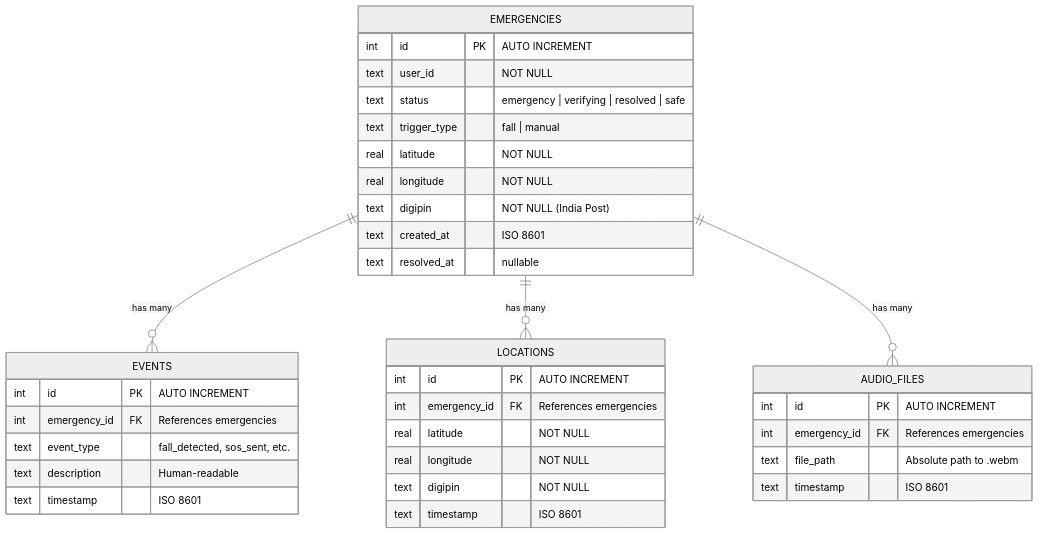
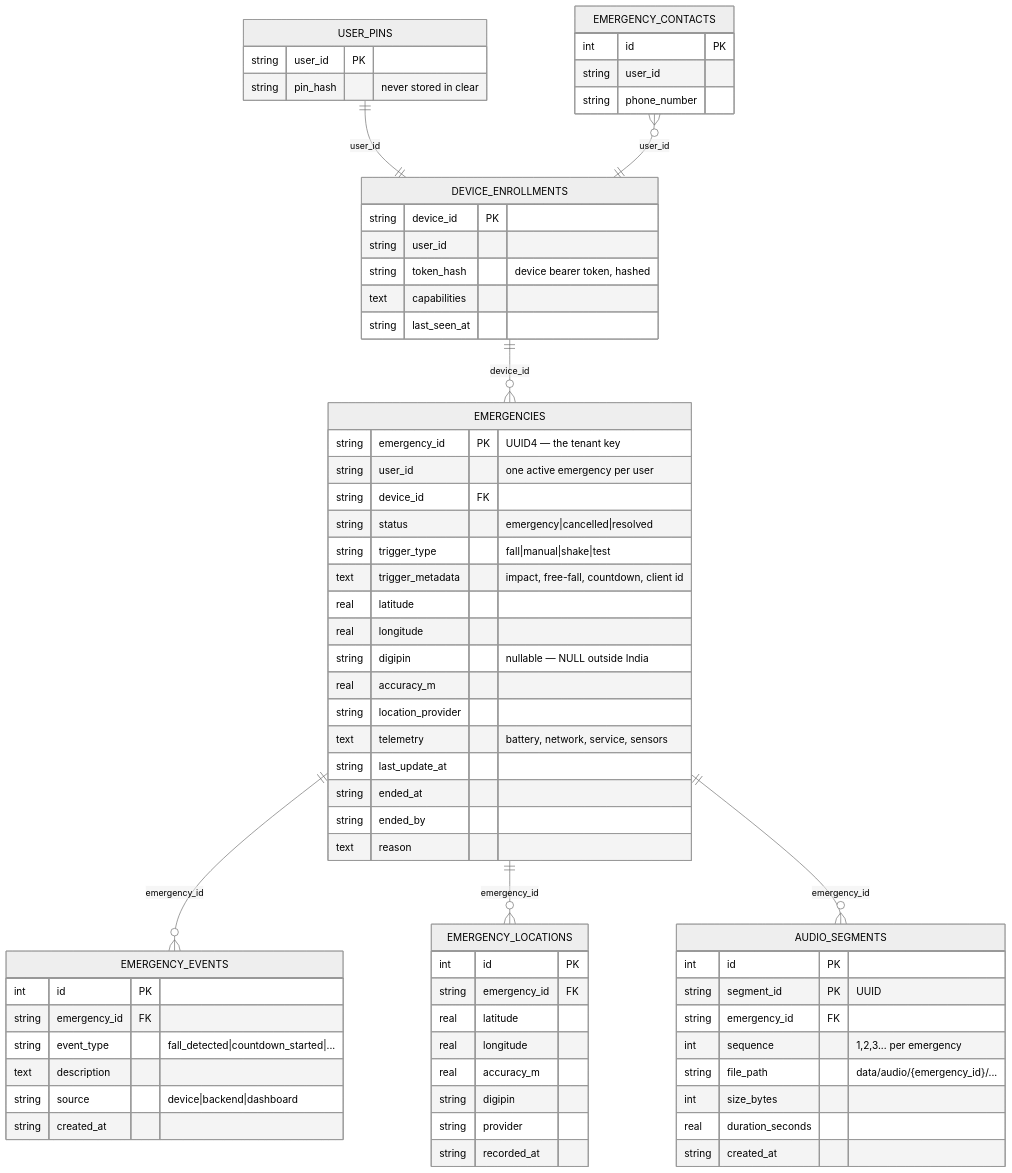
Diagram 12 of 18 in DIAGRAMS.md (Ved2151H/zeroUi), drawn with Mermaid (neutral theme) before and after one commit. The commit also changed other lines of this file and 111 other files, not shown here.

````diff
--- a/DIAGRAMS.md
+++ b/DIAGRAMS.md
@@ -361,42 +533,72 @@
 ```mermaid
 erDiagram
+    DEVICE_ENROLLMENTS ||--o{ EMERGENCIES : "device_id"
+    EMERGENCIES ||--o{ EMERGENCY_EVENTS : "emergency_id"
+    EMERGENCIES ||--o{ EMERGENCY_LOCATIONS : "emergency_id"
+    EMERGENCIES ||--o{ AUDIO_SEGMENTS : "emergency_id"
+    USER_PINS ||--|| DEVICE_ENROLLMENTS : "user_id"
+    EMERGENCY_CONTACTS }o--|| DEVICE_ENROLLMENTS : "user_id"
+
     EMERGENCIES {
-        int id PK "AUTO INCREMENT"
-        text user_id "NOT NULL"
-        text status "emergency | verifying | resolved | safe"
-        text trigger_type "fall | manual"
-        real latitude "NOT NULL"
-        real longitude "NOT NULL"
-        text digipin "NOT NULL (India Post)"
-        text created_at "ISO 8601"
-        text resolved_at "nullable"
+        string emergency_id PK "UUID4 — the tenant key"
+        string user_id "one active emergency per user"
+        string device_id FK
+        string status "emergency|cancelled|resolved"
+        string trigger_type "fall|manual|shake|test"
+        text trigger_metadata "impact, free-fall, countdown, client id"
+        real latitude
+        real longitude
+        string digipin "nullable — NULL outside India"
+        real accuracy_m
+        string location_provider
+        text telemetry "battery, network, service, sensors"
+        string last_update_at
+        string ended_at
+        string ended_by
+        text reason
     }
-
-    EVENTS {
-        int id PK "AUTO INCREMENT"
-        int emergency_id FK "References emergencies"
-        text event_type "fall_detected, sos_sent, etc."
-        text description "Human-readable"
-        text timestamp "ISO 8601"
+    EMERGENCY_LOCATIONS {
+        int id PK
+        string emergency_id FK
+        real latitude
+        real longitude
+        real accuracy_m
+        string digipin
+        string provider
+        string recorded_at
     }
-
-    LOCATIONS {
-        int id PK "AUTO INCREMENT"
-        int emergency_id FK "References emergencies"
-        real latitude "NOT NULL"
-        real longitude "NOT NULL"
-        text digipin "NOT NULL"
-        text timestamp "ISO 8601"
+    EMERGENCY_EVENTS {
+        int id PK
+        string emergency_id FK
+        string event_type "fall_detected|countdown_started|..."
+        text description
+        string source "device|backend|dashboard"
+        string created_at
     }
-
-    AUDIO_FILES {
-        int id PK "AUTO INCREMENT"
-        int emergency_id FK "References emergencies"
-        text file_path "Absolute path to .webm"
-        text timestamp "ISO 8601"
+    AUDIO_SEGMENTS {
+        int id PK
+        string segment_id PK "UUID"
+        string emergency_id FK
+        int sequence "1,2,3... per emergency"
+        string file_path "data/audio/{emergency_id}/..."
+        int size_bytes
+        real duration_seconds
+        string created_at
     }
-
-    EMERGENCIES ||--o{ EVENTS : "has many"
-    EMERGENCIES ||--o{ LOCATIONS : "has many"
-    EMERGENCIES ||--o{ AUDIO_FILES : "has many"
+    DEVICE_ENROLLMENTS {
+        string device_id PK
+        string user_id
+        string token_hash "device bearer token, hashed"
+        text capabilities
+        string last_seen_at
+    }
+    USER_PINS {
+        string user_id PK
+        string pin_hash "never stored in clear"
+    }
+    EMERGENCY_CONTACTS {
+        int id PK
+        string user_id
+        string phone_number
+    }
 ```
````
